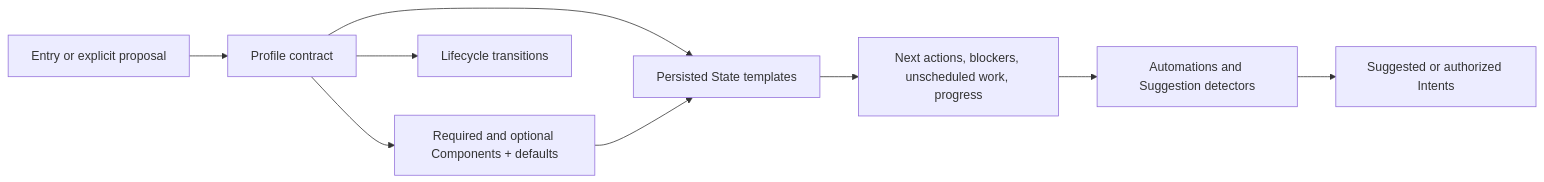
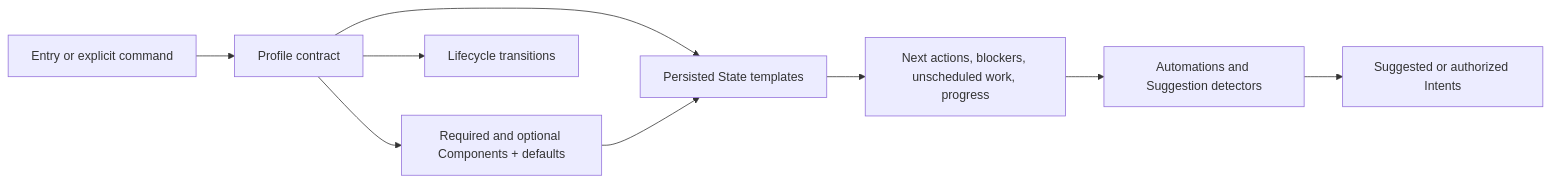
The sixth of 9 diagrams in docs/flows.md (itmarck/wingman), drawn with Mermaid before and after one commit. The commit also changed other lines of this file and 218 other files, not shown here.

````diff
--- a/docs/flows.md
+++ b/docs/flows.md
@@ -108,11 +108,11 @@
 ```mermaid
 flowchart LR
-    Capture[Entry or explicit proposal] --> Profile[Profile contract]
+    Capture[Entry or explicit command] --> Profile[Profile contract]
     Profile --> Compose[Required and optional Components + defaults]
     Profile --> Lifecycle[Lifecycle transitions]
     Profile --> State[Persisted State templates]
     Compose --> State
     State --> Views[Next actions, blockers, unscheduled work, progress]
     Views --> Automations[Automations and Suggestion detectors]
     Automations --> Intents[Suggested or authorized Intents]
 ```
````
